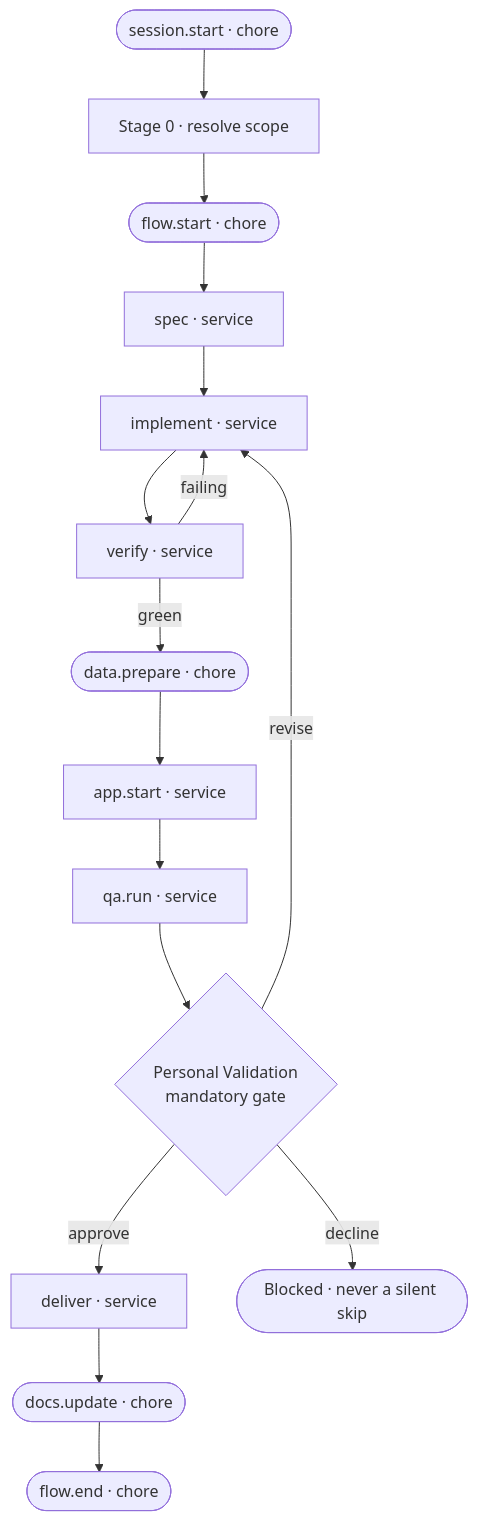
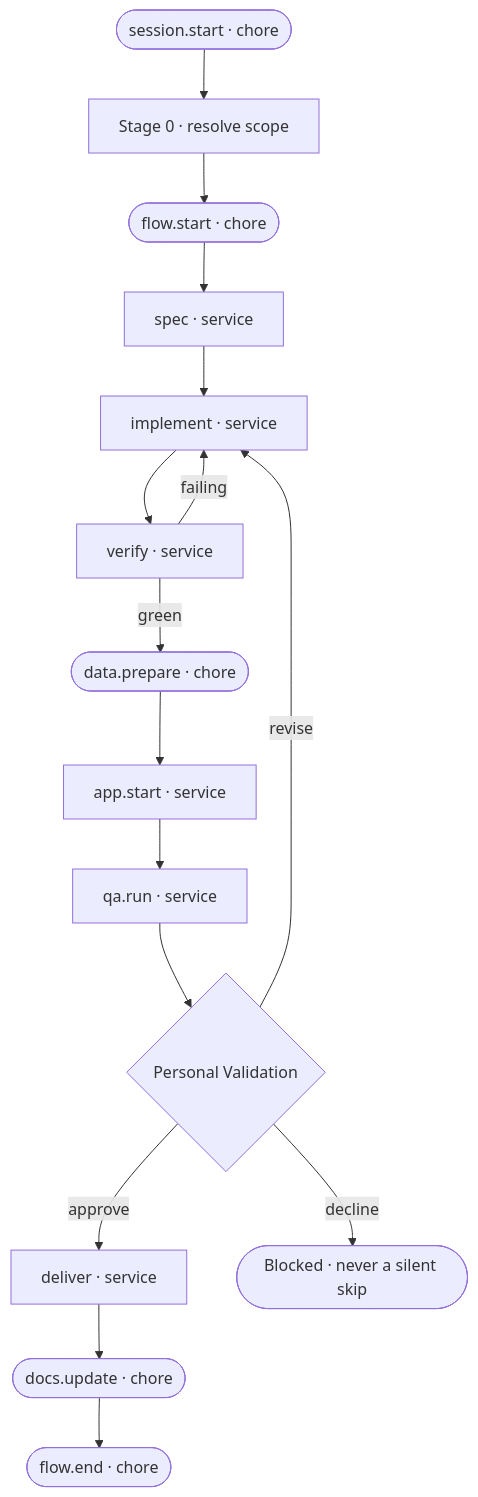
Before and after one commit to JSdotNet/ai-agent-stack: the third of 3 diagrams in .devbook/domain/plugin-authoring/flow.md, drawn with Mermaid. The commit also changed other lines of this file, not shown here.

````diff
--- a/.devbook/domain/plugin-authoring/flow.md
+++ b/.devbook/domain/plugin-authoring/flow.md
@@ -78,18 +78,18 @@
 ```mermaid
 flowchart TD
     sessionStart(["session.start · chore"]) --> stage0["Stage 0 · resolve scope"]
     stage0 --> flowStart(["flow.start · chore"])
     flowStart --> spec["spec · service"]
     spec --> implement["implement · service"]
     implement --> verify["verify · service"]
     verify -->|failing| implement
     verify -->|green| dataPrepare(["data.prepare · chore"])
     dataPrepare --> appStart["app.start · service"]
     appStart --> qaRun["qa.run · service"]
-    qaRun --> gate{"Personal Validation<br/>mandatory gate"}
+    qaRun --> gate{"Personal Validation"}
     gate -->|approve| deliver["deliver · service"]
     gate -->|revise| implement
     gate -->|decline| stop(["Blocked · never a silent skip"])
     deliver --> docsUpdate(["docs.update · chore"])
     docsUpdate --> flowEnd(["flow.end · chore"])
 ```
````
